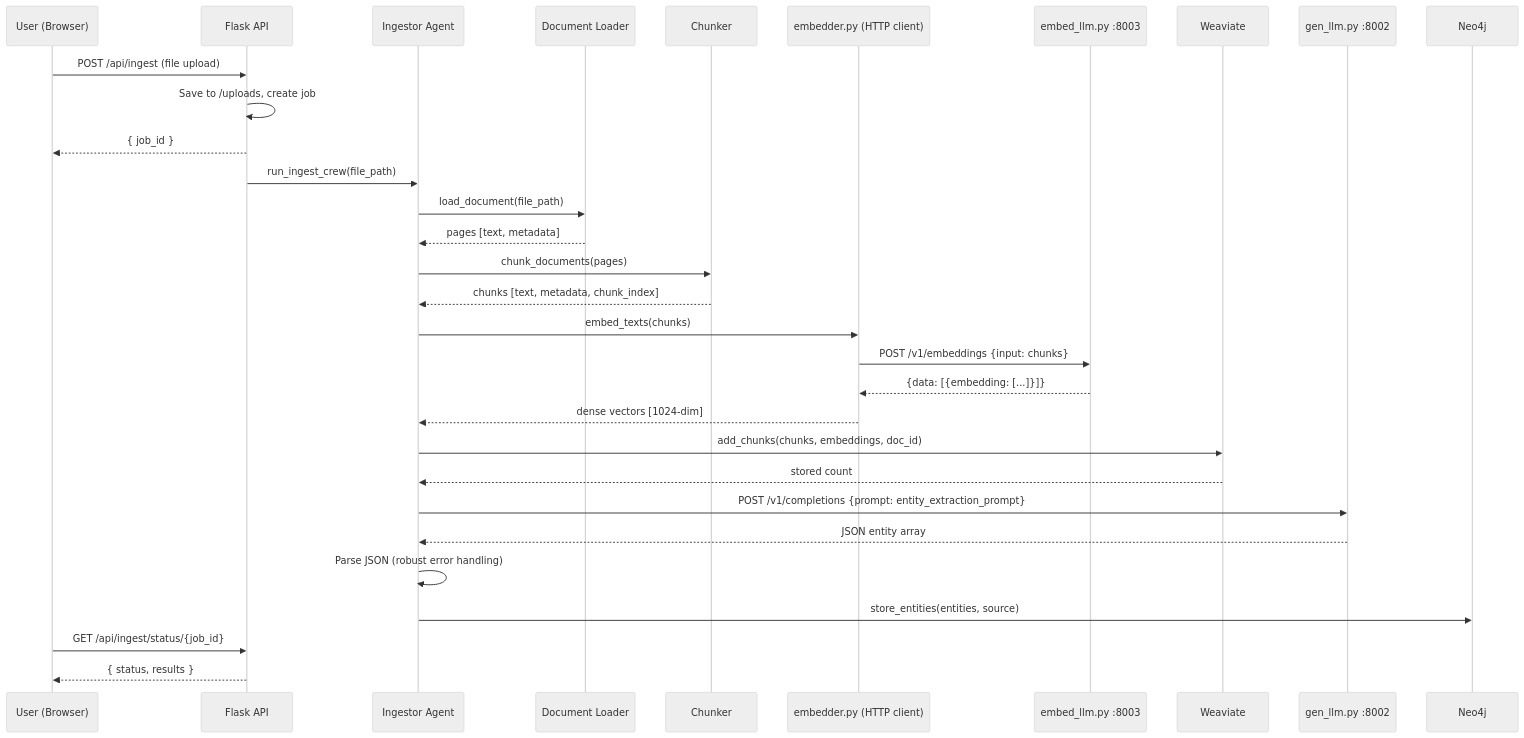
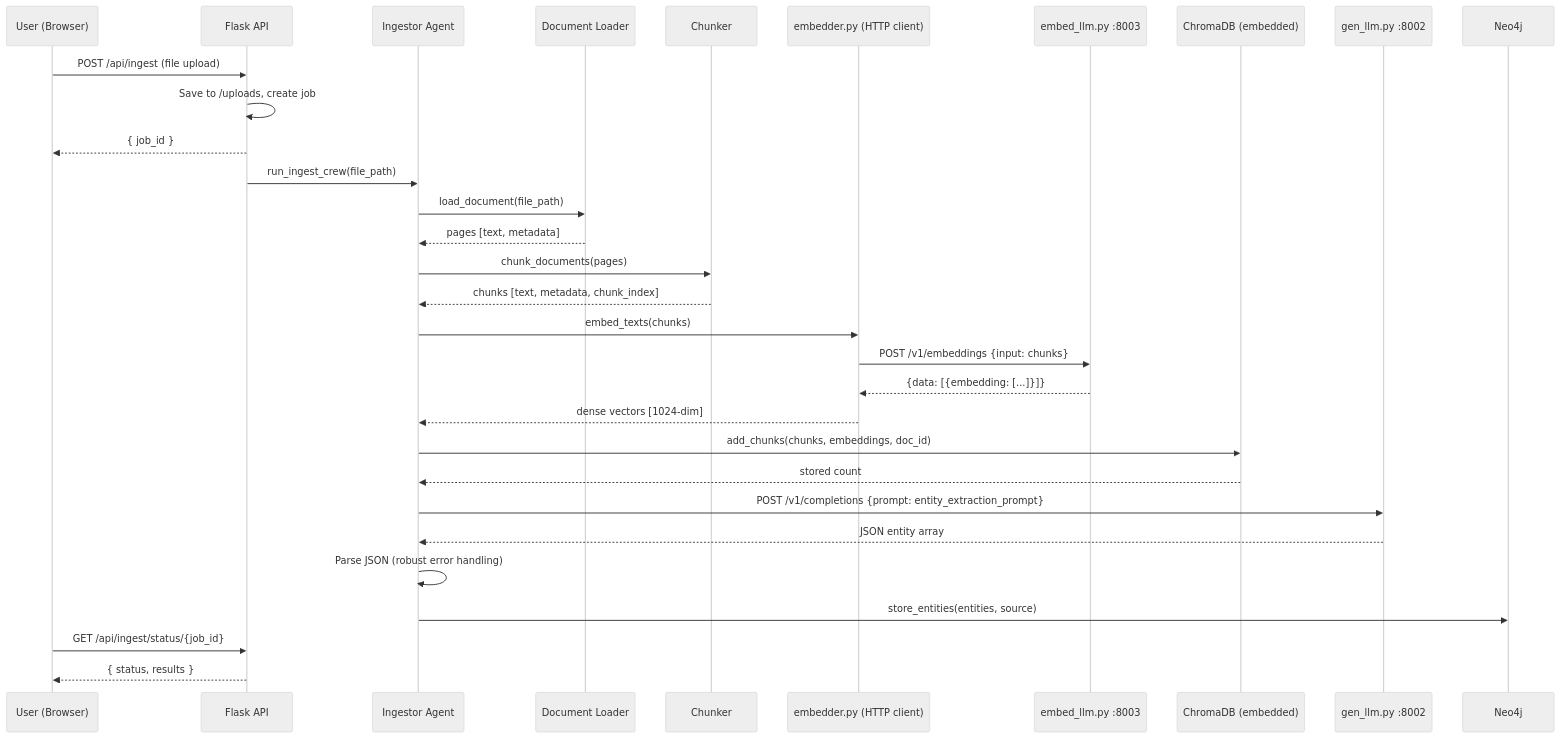
The second of 3 diagrams in HEALTHEXPERT_ARCHITECTURE_DESIGN.md (Sam-max1/healthexpert), drawn with Mermaid (neutral theme) before and after one commit. The commit also changed other lines of this file and 22 other files, not shown here.

````diff
--- a/HEALTHEXPERT_ARCHITECTURE_DESIGN.md
+++ b/HEALTHEXPERT_ARCHITECTURE_DESIGN.md
@@ -69,34 +69,34 @@
 ```mermaid
 sequenceDiagram
     participant U as User (Browser)
     participant F as Flask API
     participant IA as Ingestor Agent
     participant DL as Document Loader
     participant CH as Chunker
     participant EM as embedder.py (HTTP client)
     participant ES as embed_llm.py :8003
-    participant VDB as Weaviate
+    participant VDB as ChromaDB (embedded)
     participant GS as gen_llm.py :8002
     participant GDB as Neo4j
 
     U->>F: POST /api/ingest (file upload)
     F->>F: Save to /uploads, create job
     F-->>U: { job_id }
     F->>IA: run_ingest_crew(file_path)
     IA->>DL: load_document(file_path)
     DL-->>IA: pages [text, metadata]
     IA->>CH: chunk_documents(pages)
     CH-->>IA: chunks [text, metadata, chunk_index]
     IA->>EM: embed_texts(chunks)
     EM->>ES: POST /v1/embeddings {input: chunks}
     ES-->>EM: {data: [{embedding: [...]}]}
     EM-->>IA: dense vectors [1024-dim]
     IA->>VDB: add_chunks(chunks, embeddings, doc_id)
     VDB-->>IA: stored count
     IA->>GS: POST /v1/completions {prompt: entity_extraction_prompt}
     GS-->>IA: JSON entity array
     IA->>IA: Parse JSON (robust error handling)
     IA->>GDB: store_entities(entities, source)
     U->>F: GET /api/ingest/status/{job_id}
     F-->>U: { status, results }
 ```
````
